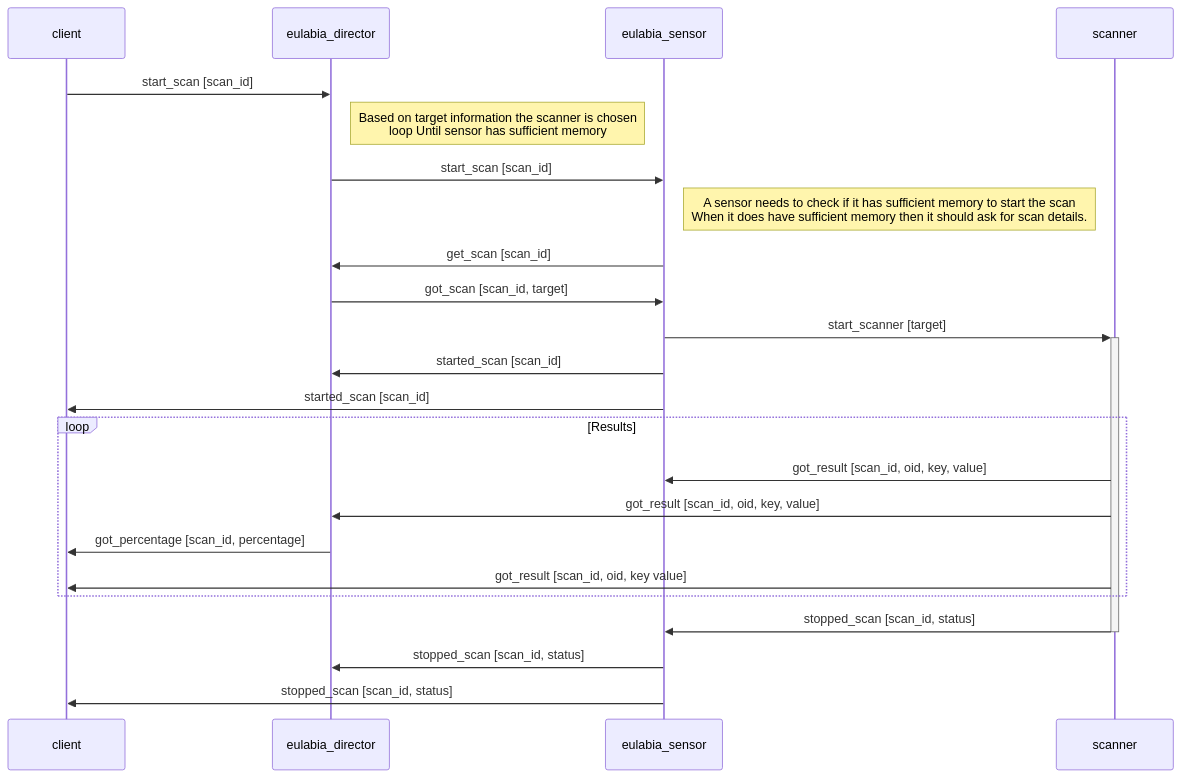
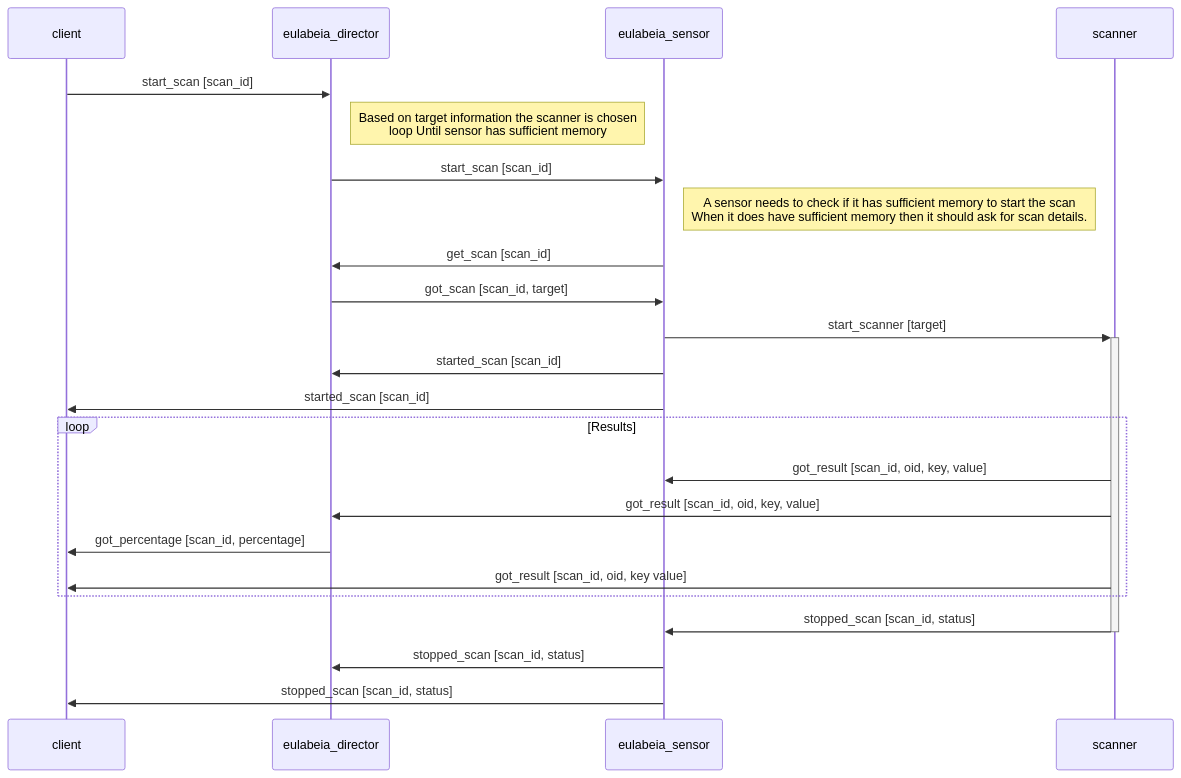
The diagram in docs/architecture/start_scan_sequence.mmd (greenbone/eulabeia), drawn with Mermaid before and after one commit. The commit also changed 6 other files, not shown here.

Commit message:
Rename eulabia->eulabeia

```diff
--- a/docs/architecture/start_scan_sequence.mmd
+++ b/docs/architecture/start_scan_sequence.mmd
@@ -1,26 +1,26 @@
 sequenceDiagram
     participant client
-    participant eulabia_director
-    participant eulabia_sensor
+    participant eulabeia_director
+    participant eulabeia_sensor
     participant scanner
     
-    client->>eulabia_director: start_scan [scan_id]
-    Note right of eulabia_director: Based on target information the scanner is chosen<br>loop Until sensor has sufficient memory
+    client->>eulabeia_director: start_scan [scan_id]
+    Note right of eulabeia_director: Based on target information the scanner is chosen<br>loop Until sensor has sufficient memory
 
-    eulabia_director->>eulabia_sensor: start_scan  [scan_id]
-    Note right of eulabia_sensor: A sensor needs to check if it has sufficient memory to start the scan<br> When it does have sufficient memory then it should ask for scan details.
-    eulabia_sensor->>eulabia_director: get_scan [scan_id]
-    eulabia_director->>eulabia_sensor: got_scan [scan_id, target]
-    eulabia_sensor->>+scanner: start_scanner [target]
+    eulabeia_director->>eulabeia_sensor: start_scan  [scan_id]
+    Note right of eulabeia_sensor: A sensor needs to check if it has sufficient memory to start the scan<br> When it does have sufficient memory then it should ask for scan details.
+    eulabeia_sensor->>eulabeia_director: get_scan [scan_id]
+    eulabeia_director->>eulabeia_sensor: got_scan [scan_id, target]
+    eulabeia_sensor->>+scanner: start_scanner [target]
     
-    eulabia_sensor->>eulabia_director: started_scan [scan_id]
-    eulabia_sensor->>client: started_scan [scan_id]
+    eulabeia_sensor->>eulabeia_director: started_scan [scan_id]
+    eulabeia_sensor->>client: started_scan [scan_id]
     loop Results
-        scanner->>eulabia_sensor: got_result [scan_id, oid, key, value]
-        scanner->>eulabia_director: got_result [scan_id, oid, key, value]
-        eulabia_director->>client: got_percentage [scan_id, percentage]
+        scanner->>eulabeia_sensor: got_result [scan_id, oid, key, value]
+        scanner->>eulabeia_director: got_result [scan_id, oid, key, value]
+        eulabeia_director->>client: got_percentage [scan_id, percentage]
         scanner->>client: got_result [scan_id, oid, key value]
     end
-    scanner->>-eulabia_sensor: stopped_scan [scan_id, status]
-    eulabia_sensor->>eulabia_director: stopped_scan [scan_id, status]
-    eulabia_sensor->>client: stopped_scan [scan_id, status]
+    scanner->>-eulabeia_sensor: stopped_scan [scan_id, status]
+    eulabeia_sensor->>eulabeia_director: stopped_scan [scan_id, status]
+    eulabeia_sensor->>client: stopped_scan [scan_id, status]
```
